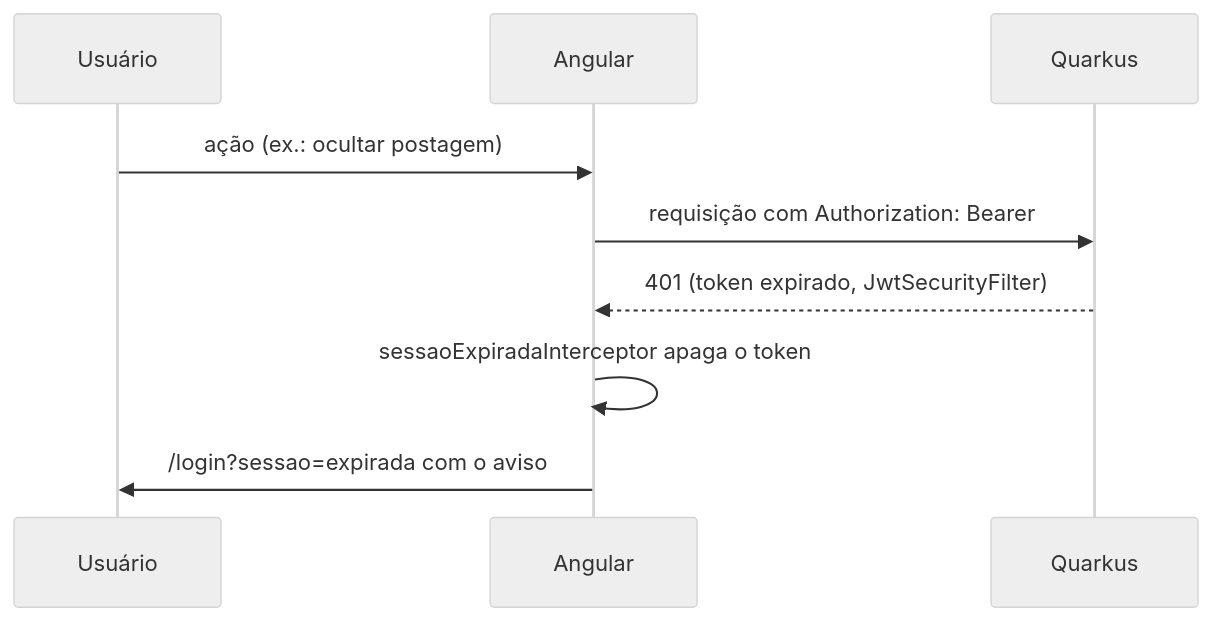
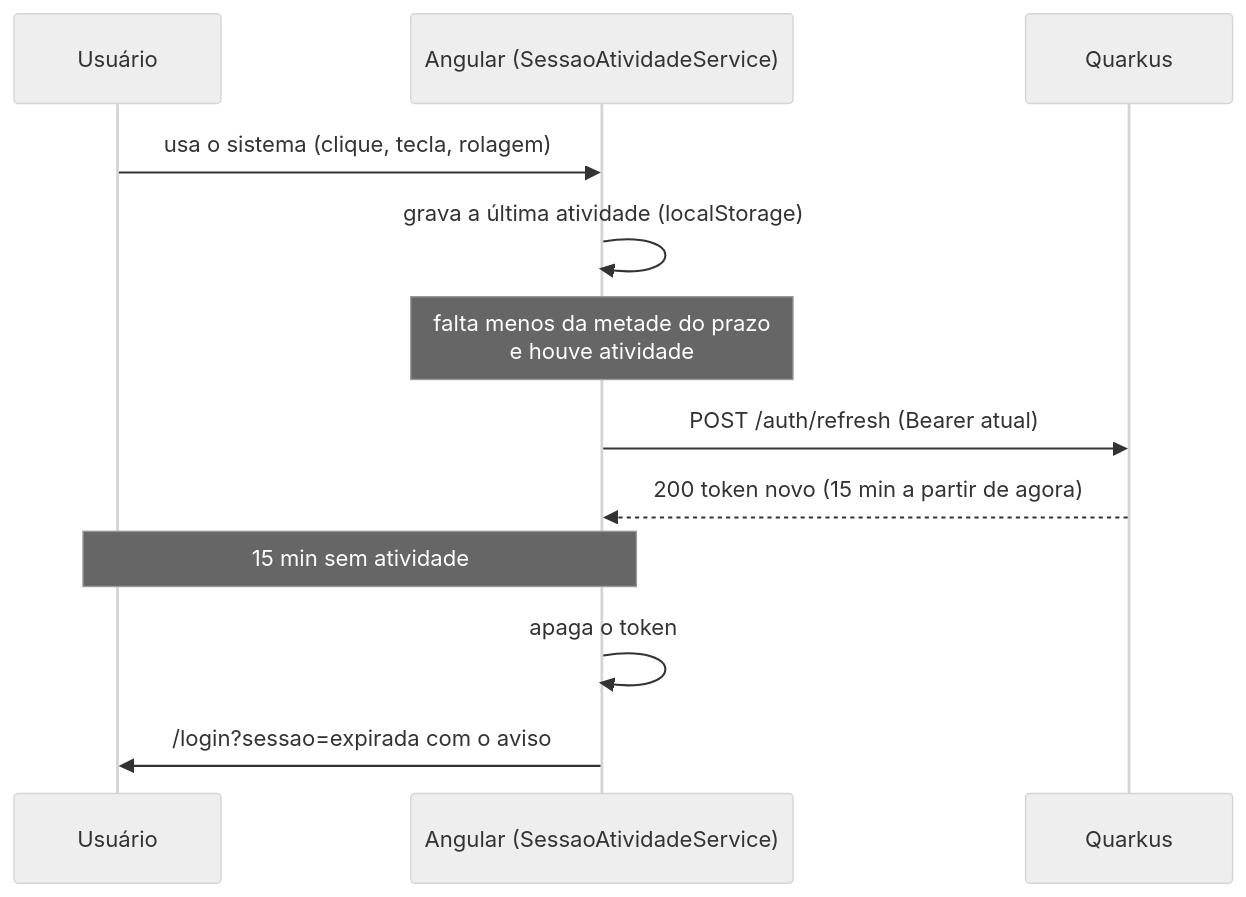
The diagram in docs/decisoes/2026-10-05-validade-da-sessao.md (catolica-orangotango/unicatolica), drawn with Mermaid (neutral theme) before and after one commit. The commit also changed other lines of this file and 15 other files, not shown here.

First line of the commit message:
feat(identidade): sessao expira por inatividade, com POST /auth/refresh (KAN-78)

````diff
--- a/docs/decisoes/2026-10-05-validade-da-sessao.md
+++ b/docs/decisoes/2026-10-05-validade-da-sessao.md
@@ -25,11 +34,14 @@
 ```mermaid
 sequenceDiagram
     participant U as Usuário
-    participant F as Angular
+    participant F as Angular (SessaoAtividadeService)
     participant B as Quarkus
-    U->>F: ação (ex.: ocultar postagem)
-    F->>B: requisição com Authorization: Bearer
-    B-->>F: 401 (token expirado, JwtSecurityFilter)
-    F->>F: sessaoExpiradaInterceptor apaga o token
+    U->>F: usa o sistema (clique, tecla, rolagem)
+    F->>F: grava a última atividade (localStorage)
+    Note over F: falta menos da metade do prazo<br/>e houve atividade
+    F->>B: POST /auth/refresh (Bearer atual)
+    B-->>F: 200 token novo (15 min a partir de agora)
+    Note over U,F: 15 min sem atividade
+    F->>F: apaga o token
     F->>U: /login?sessao=expirada com o aviso
 ```
````
